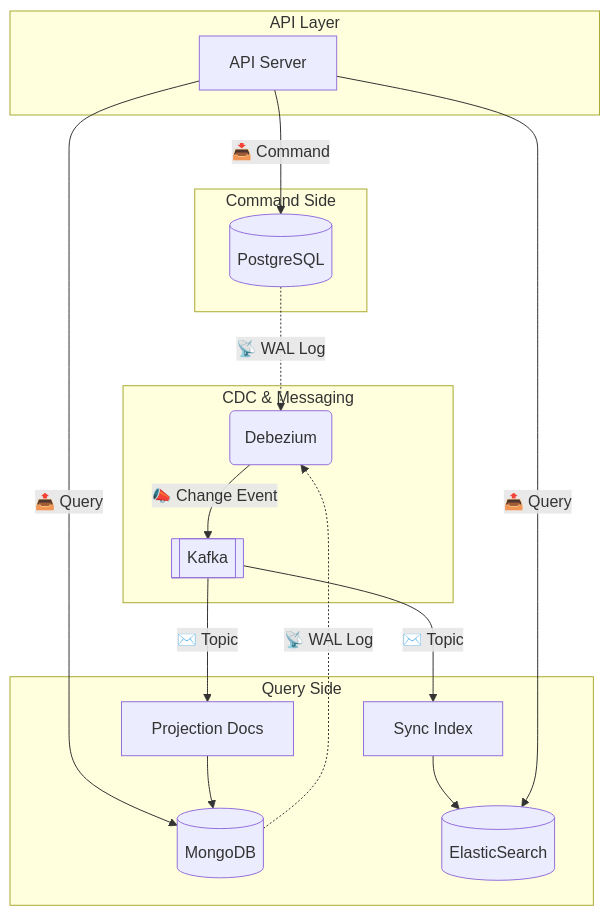
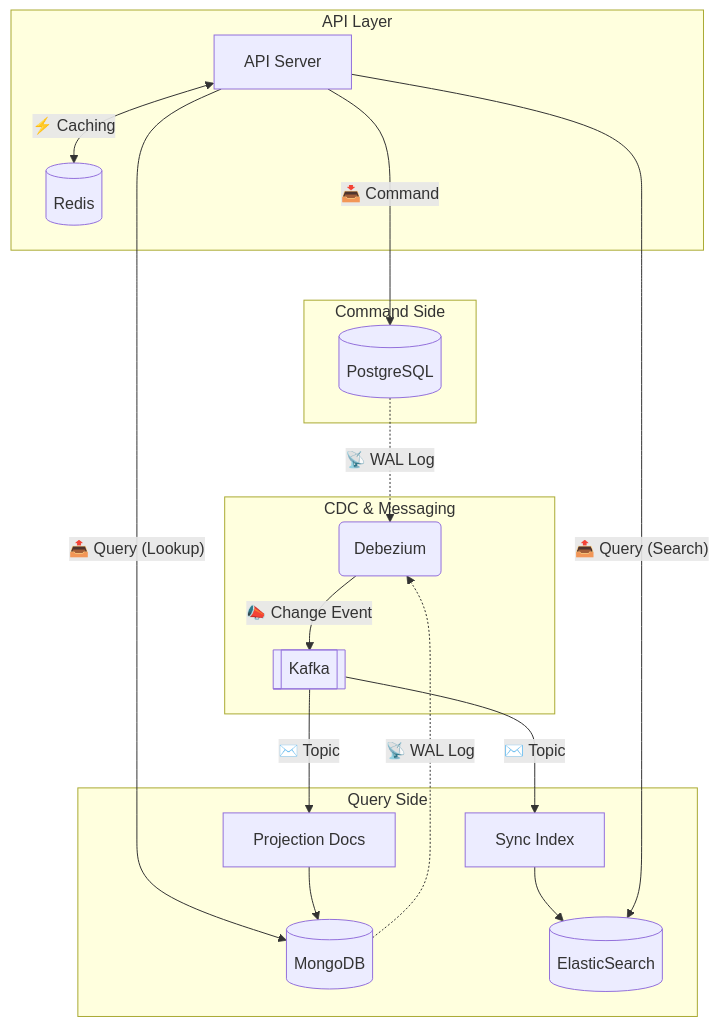
Before and after one commit to NarciSource/Pre-Onboarding-Challenge-BE-31: the first of 4 diagrams in README.md, drawn with Mermaid. The commit also changed other lines of this file and 3 other files, not shown here.

````diff
--- a/README.md
+++ b/README.md
@@ -68,44 +68,48 @@
 ```mermaid
 graph TD
    subgraph "API Layer"
       api[API Server]
+      redis[(Redis)]
    end
 
    subgraph "Command Side"
       postgres[(PostgreSQL)]
    end
 
    subgraph "CDC & Messaging"
       cdc@{ shape: rounded, label: Debezium }
       kafka@{ shape: subproc, label: Kafka }
    end
 
    subgraph "Query Side"
       projector[Projection Docs]
       sync[Sync Index]
       mongo[(MongoDB)]
       elasticsearch[( ElasticSearch)]
    end
 
+   %% Cache Layer
+   api <-->|⚡ Caching| redis
+
    %% Command flow
-   api -->|📥 Command| postgres
+   api --->|📥 Command| postgres
 
    %% CDC Flow
    postgres & mongo -.->|📡 WAL Log | cdc
    cdc -->|📣 Change Event| kafka
 
    %% Query flow
-   api -->|📤 Query| mongo
+   api -->|"📤 Query (Lookup)"| mongo
 
    %% Projection flow
    kafka -->|✉️ Topic| projector & sync
    projector --> mongo
    sync --> elasticsearch
 
    %% Query flow
-   api -->|📤 Query| elasticsearch
+   api -->|"📤 Query (Search)"| elasticsearch
 
    click api "https://github.com/NarciSource/Pre-Onboarding-Challenge-BE-31/tree/main/apps/api-server"
    click projector "https://github.com/NarciSource/Pre-Onboarding-Challenge-BE-31/tree/main/apps/proj-docs"
    click sync "https://github.com/NarciSource/Pre-Onboarding-Challenge-BE-31/tree/main/apps/sync-index"
 ```
````
